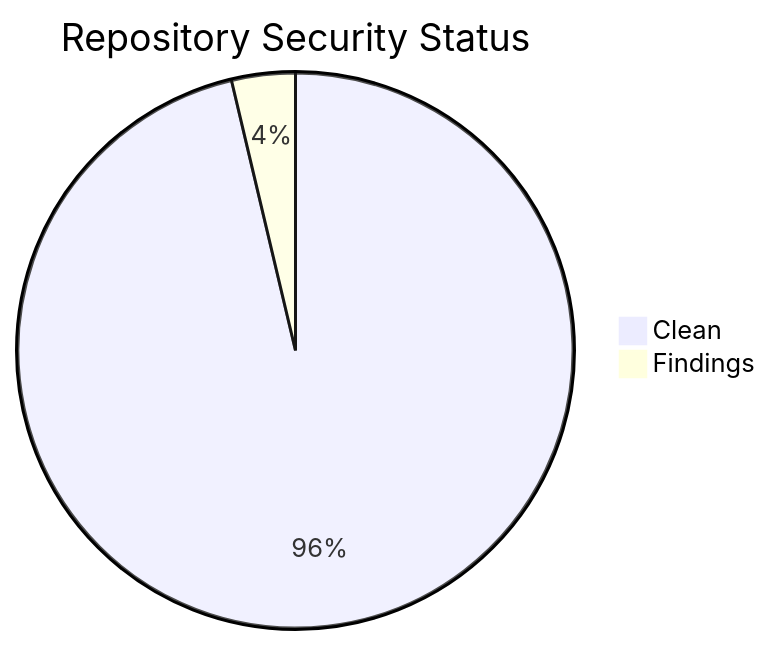
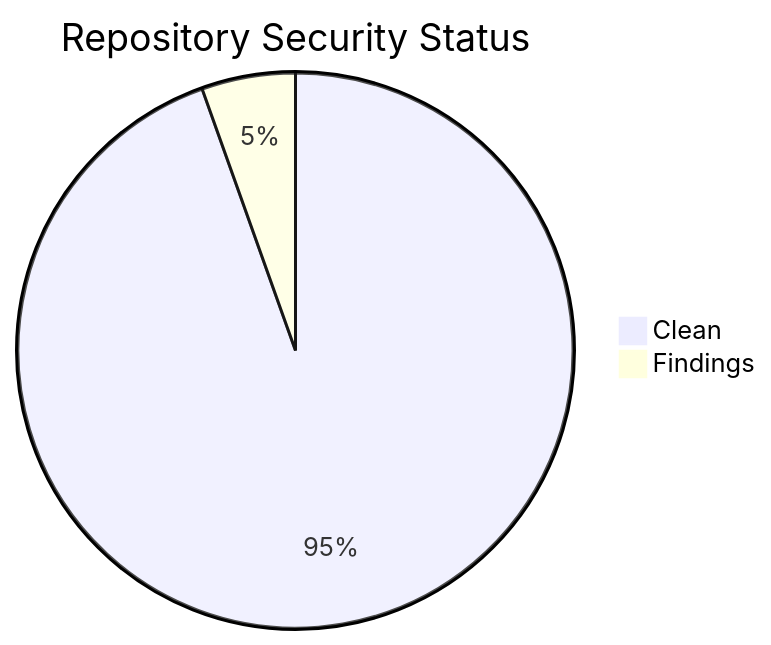
One commit to icepaule/icepaule.github.io changed the second of 2 diagrams in projects/status.md. Above: the diagram before and after it, drawn with Mermaid. The commit also changed other lines of this file and 5 other files, not shown here.

````diff
--- a/projects/status.md
+++ b/projects/status.md
@@ -117,5 +118,5 @@
 ```mermaid
 pie title Repository Security Status
     "Clean" : 52
-    "Findings" : 2
+    "Findings" : 3
 ```
````
